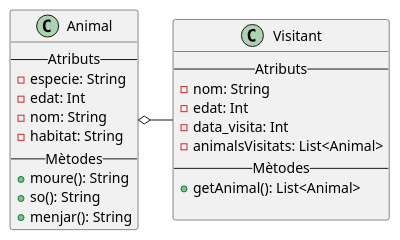
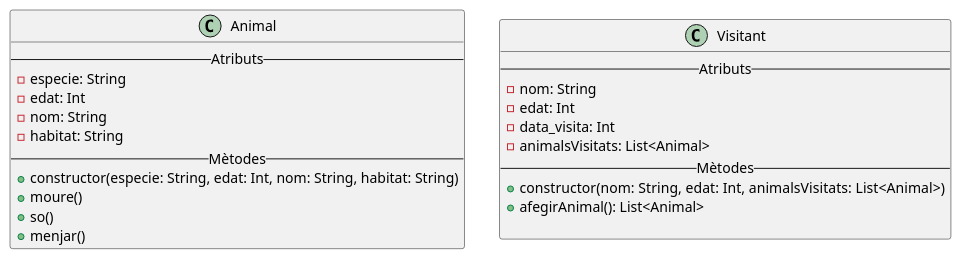
The diagram in src/main/kotlin/uml/Ex2.puml (Guillermo-Mir/DissenyDiagrames), drawn with PlantUML before and after one commit. The commit also changed 3 other files, not shown here.

Commit message:
Commit UML mig fet

```diff
--- a/src/main/kotlin/uml/Ex2.puml
+++ b/src/main/kotlin/uml/Ex2.puml
@@ -1,31 +1,33 @@
 @startuml
 'https://plantuml.com/class-diagram
 
 class Animal {
     -- Atributs --
     - especie: String
     - edat: Int
     - nom: String
     - habitat: String
     -- Mètodes --
-    + moure(): String
-    + so(): String
-    + menjar(): String
+    + constructor(especie: String, edat: Int, nom: String, habitat: String)
+    + moure()
+    + so()
+    + menjar()
 }
 
 class Visitant {
     -- Atributs --
     - nom: String
     - edat: Int
     - data_visita: Int
     - animalsVisitats: List<Animal>
     -- Mètodes --
-    + getAnimal(): List<Animal>
+    + constructor(nom: String, edat: Int,  animalsVisitats: List<Animal>)
+    + afegirAnimal(): List<Animal>
 
 }
 
 
 
-Animal o-right- Visitant
+
 
 @enduml
```
